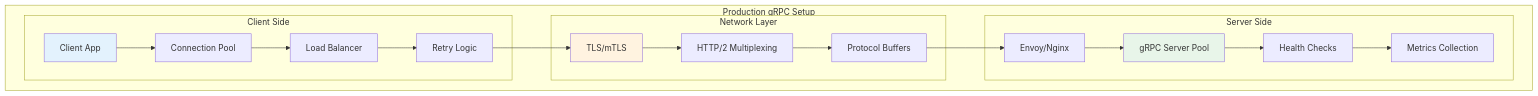
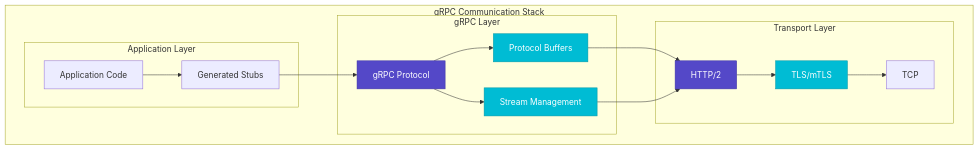
Before and after one commit to deepaucksharma/DStudio: the second of 6 diagrams in docs/pattern-library/communication/grpc.md, drawn with Mermaid. The commit also changed other lines of this file and 11 other files, not shown here.

````diff
--- a/docs/pattern-library/communication/grpc.md
+++ b/docs/pattern-library/communication/grpc.md
@@ -214,39 +136,36 @@
 ```mermaid
 graph TB
-    subgraph "Production gRPC Setup"
-        subgraph "Client Side"
-            C1[Client App]
-            C2[Connection Pool]
-            C3[Load Balancer]
-            C4[Retry Logic]
+    subgraph "gRPC Communication Stack"
+        subgraph "Application Layer"
+            AL[Application Code]
+            GS[Generated Stubs]
         end
         
-        subgraph "Network Layer"
-            N1[TLS/mTLS]
-            N2[HTTP/2 Multiplexing]
-            N3[Protocol Buffers]
+        subgraph "gRPC Layer"
+            GP[gRPC Protocol]
+            PB[Protocol Buffers]
+            SM[Stream Management]
         end
         
-        subgraph "Server Side"
-            S1[Envoy/Nginx]
-            S2[gRPC Server Pool]
-            S3[Health Checks]
-            S4[Metrics Collection]
+        subgraph "Transport Layer"
+            H2[HTTP/2]
+            TLS[TLS/mTLS]
+            TCP[TCP]
         end
         
-        C1 --> C2
-        C2 --> C3
-        C3 --> C4
-        C4 --> N1
-        N1 --> N2
-        N2 --> N3
-        N3 --> S1
-        S1 --> S2
-        S2 --> S3
-        S3 --> S4
+        AL --> GS
+        GS --> GP
+        GP --> PB
+        GP --> SM
+        PB --> H2
+        SM --> H2
+        H2 --> TLS
+        TLS --> TCP
     end
     
-    style C1 fill:#e3f2fd
-    style S2 fill:#e8f5e9
-    style N1 fill:#fff3e0
+    classDef primary fill:#5448C8,stroke:#3f33a6,color:#fff
+    classDef secondary fill:#00BCD4,stroke:#0097a7,color:#fff
+    
+    class GP,H2 primary
+    class PB,SM,TLS secondary
 ```
````
